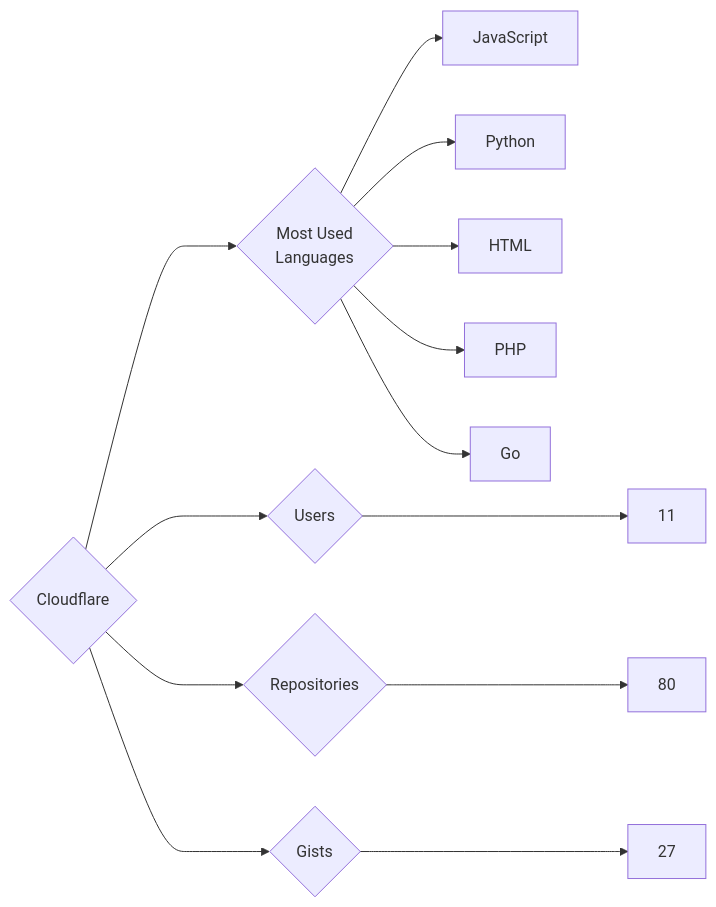
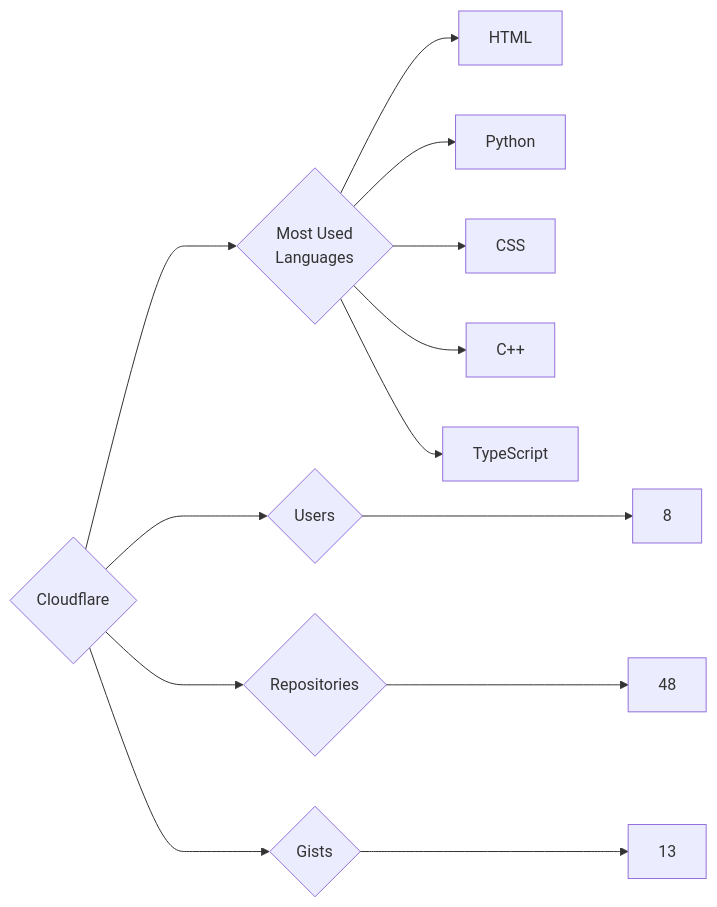
The diagram in targets/Cloudflare/README.md (trickest/insiders), drawn with Mermaid before and after one commit. The commit also changed 988 other files, not shown here.

````diff
--- a/targets/Cloudflare/README.md
+++ b/targets/Cloudflare/README.md
@@ -3,13 +3,13 @@
 ```mermaid
 graph LR
 COMPANY_NAME{Cloudflare}
-COMPANY_NAME ---> U{Users} ---> UN[11]
-COMPANY_NAME ---> R{Repositories} ---> RN[80]
-COMPANY_NAME ---> G{Gists} ---> GN[27]
+COMPANY_NAME ---> U{Users} ---> UN[8]
+COMPANY_NAME ---> R{Repositories} ---> RN[48]
+COMPANY_NAME ---> G{Gists} ---> GN[13]
 COMPANY_NAME ---> ML{Most Used<br>Languages}
-ML --> JavaScript[JavaScript]
+ML --> HTML[HTML]
 ML --> Python[Python]
-ML --> HTML[HTML]
-ML --> PHP[PHP]
-ML --> Go[Go]
+ML --> CSS[CSS]
+ML --> C++[C++]
+ML --> TypeScript[TypeScript]
 ```
````
